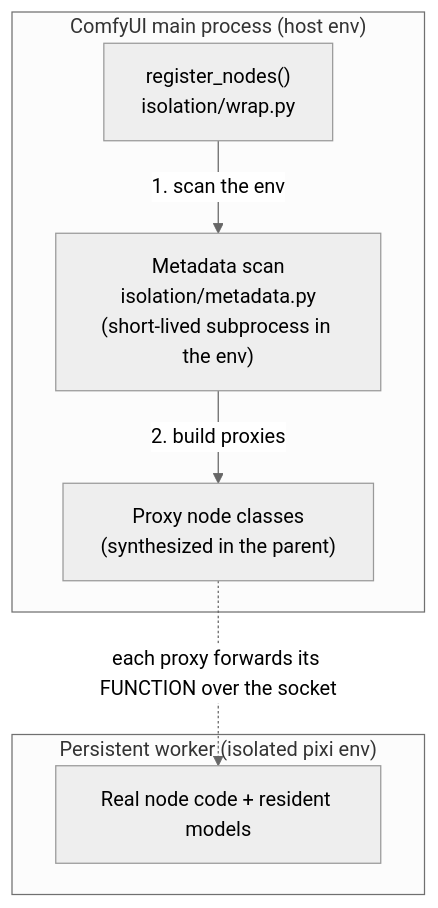
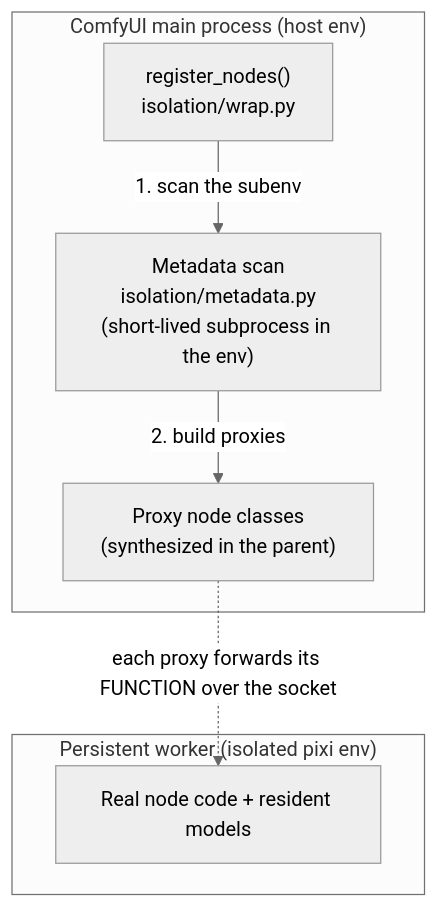
The diagram in docs/comfy-env/register-nodes.md (Comfy-Forge/comfy-forge-docs), drawn with Mermaid (neutral theme) before and after one commit. The commit also changed other lines of this file and 2 other files, not shown here.

First line of the commit message:
Docs: say when setup_env() and register_nodes() actually run

````diff
--- a/docs/comfy-env/register-nodes.md
+++ b/docs/comfy-env/register-nodes.md
@@ -21,16 +20,16 @@
 ```mermaid
 flowchart TD
     subgraph parent["ComfyUI main process (host env)"]
         reg["register_nodes()<br/>isolation/wrap.py"]
         meta["Metadata scan<br/>isolation/metadata.py<br/>(short-lived subprocess in the env)"]
         proxy["Proxy node classes<br/>(synthesized in the parent)"]
-        reg -->|"1. scan the env"| meta
+        reg -->|"1. scan the subenv"| meta
         meta -->|"2. build proxies"| proxy
     end
 
     subgraph worker["Persistent worker (isolated pixi env)"]
         node["Real node code + resident models"]
     end
 
     proxy -. "each proxy forwards its FUNCTION over the socket" .-> node
 ```
````
